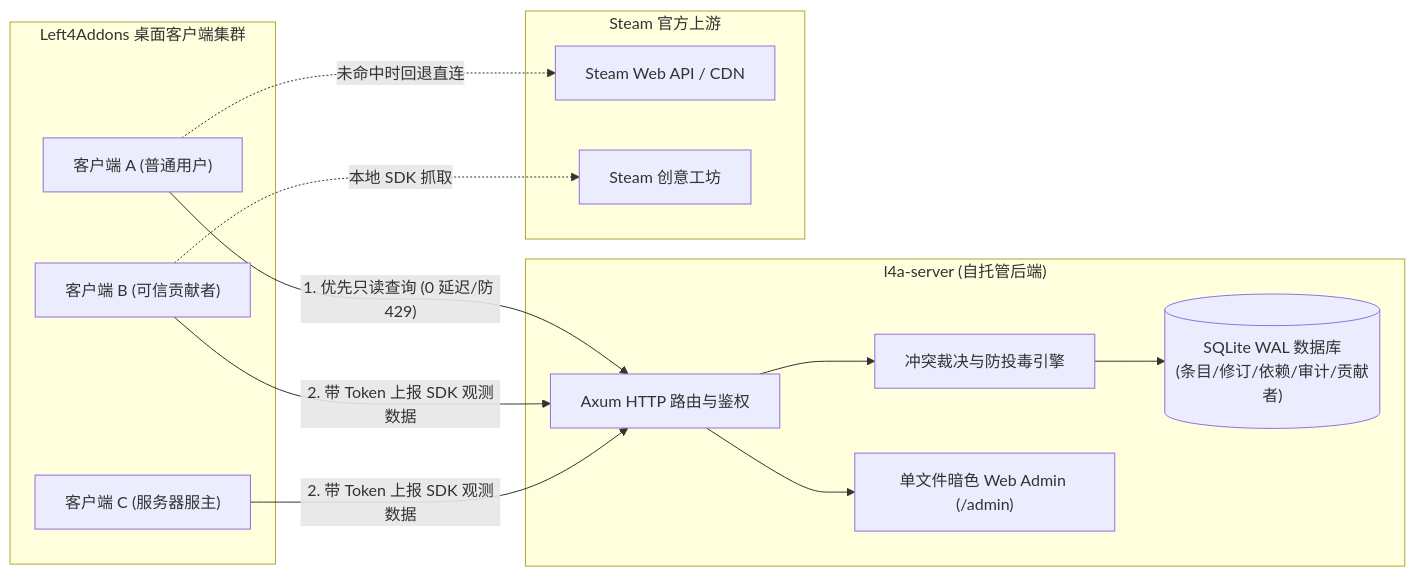
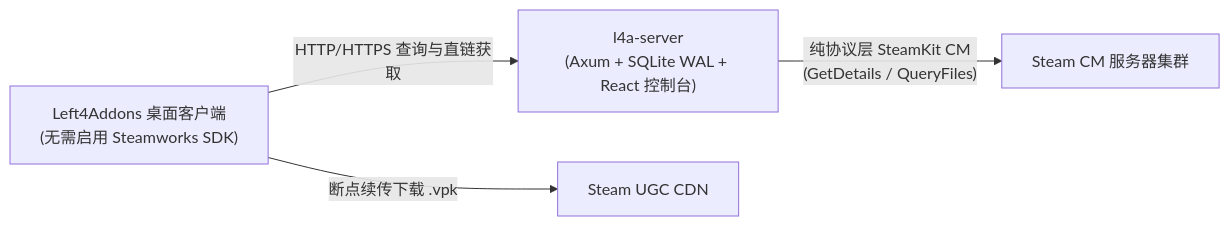
The diagram in docs/guides/catalog-server-guide.md (FallenCrystal/Left4Addons), drawn with Mermaid before and after one commit. The commit also changed other lines of this file and 58 other files, not shown here.

Commit message:
feat(catalog): refactor l4a-server with SteamKit CM, TOML config, and React console

````diff
--- a/docs/guides/catalog-server-guide.md
+++ b/docs/guides/catalog-server-guide.md
@@ -26,30 +9,6 @@
 ```mermaid
 flowchart LR
-    subgraph Clients["Left4Addons 桌面客户端集群"]
-        ClientA["客户端 A (普通用户)"]
-        ClientB["客户端 B (可信贡献者)"]
-        ClientC["客户端 C (服务器服主)"]
-    end
-
-    subgraph CatalogServer["l4a-server (自托管后端)"]
-        Router["Axum HTTP 路由与鉴权"]
-        IngestEngine["冲突裁决与防投毒引擎"]
-        AdminConsole["单文件暗色 Web Admin (/admin)"]
-        Database[("SQLite WAL 数据库\n(条目/修订/依赖/审计/贡献者)")]
-        
-        Router --> IngestEngine
-        Router --> AdminConsole
-        IngestEngine --> Database
-    end
-
-    subgraph SteamUpstream["Steam 官方上游"]
-        SteamAPI["Steam Web API / CDN"]
-        Workshop["Steam 创意工坊"]
-    end
-
-    ClientA -- "1. 优先只读查询 (0 延迟/防 429)" --> Router
-    ClientB -- "2. 带 Token 上报 SDK 观测数据" --> Router
-    ClientC -- "2. 带 Token 上报 SDK 观测数据" --> Router
-    ClientA -. "未命中时回退直连" .-> SteamAPI
-    ClientB -. "本地 SDK 抓取" .-> Workshop
+    Clients["Left4Addons 桌面客户端\n(无需启用 Steamworks SDK)"] -- "HTTP/HTTPS 查询与直链获取" --> Server["l4a-server\n(Axum + SQLite WAL + React 控制台)"]
+    Server -- "纯协议层 SteamKit CM\n(GetDetails / QueryFiles)" --> SteamCM["Steam CM 服务器集群"]
+    Clients -- "断点续传下载 .vpk" --> SteamCDN["Steam UGC CDN"]
 ```
````
